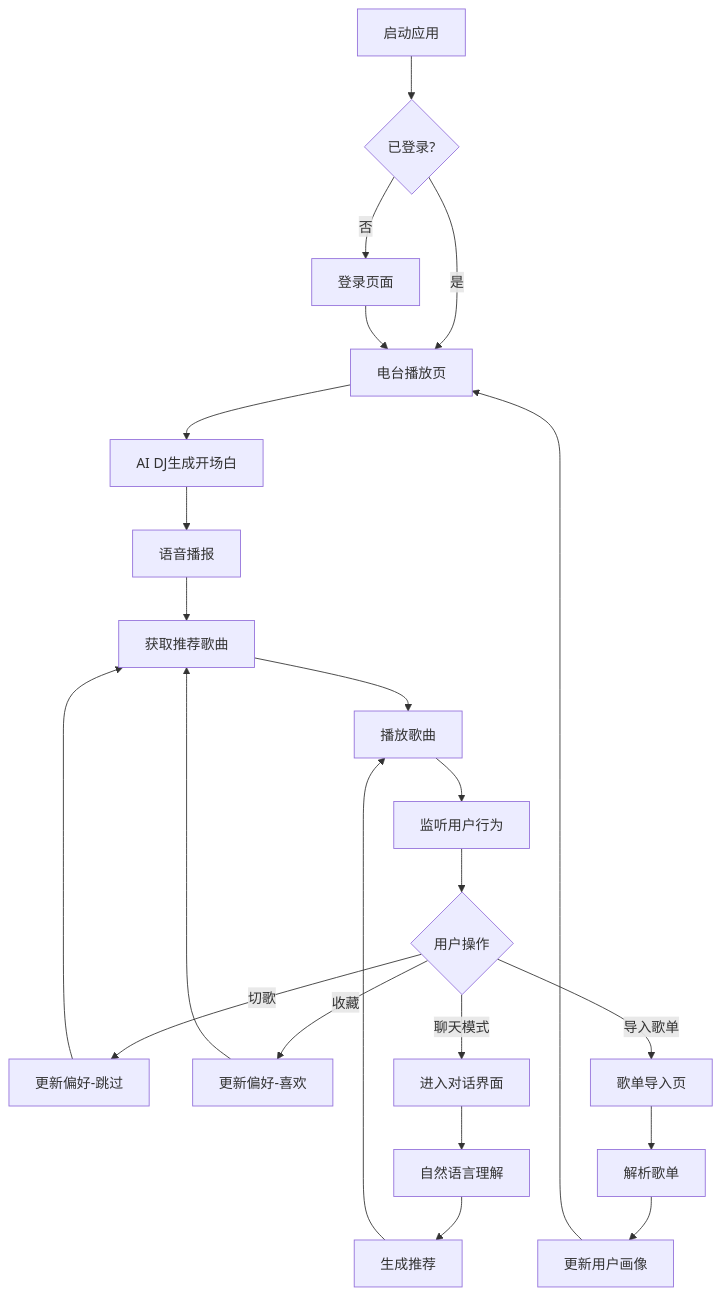
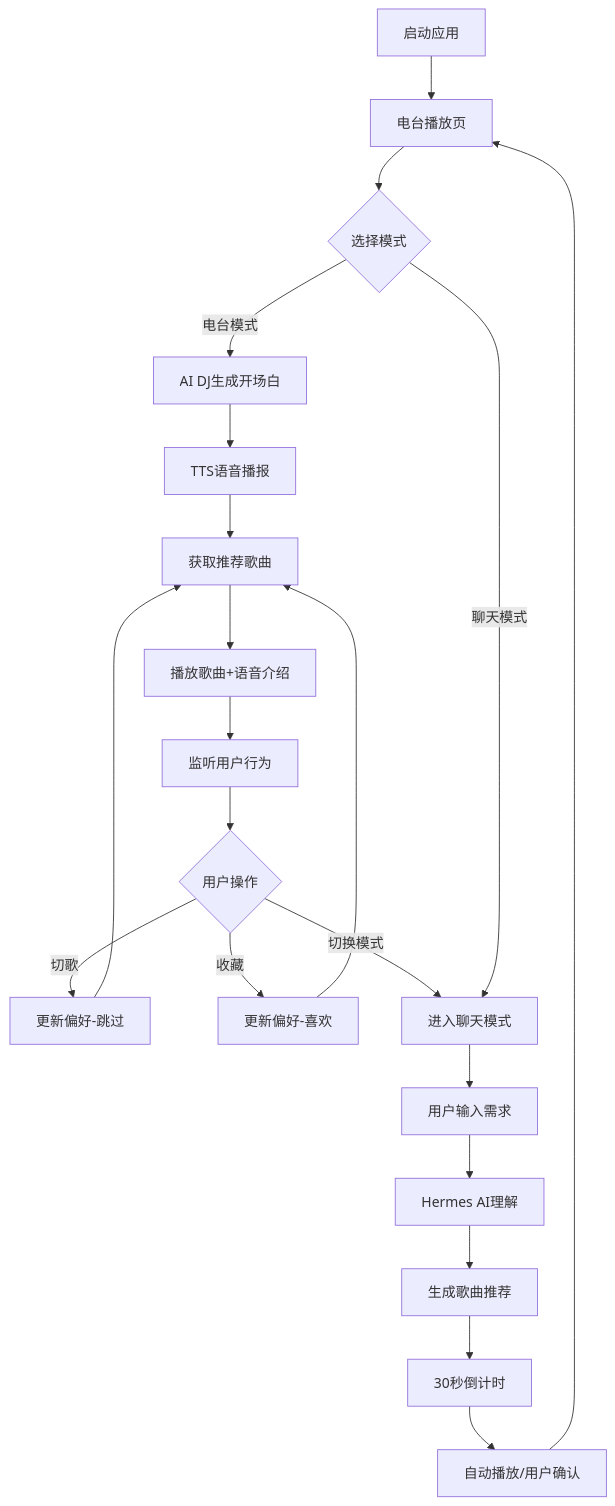
The diagram in .trae/documents/hermudio-prd.md (ericshpych/Hermudio), drawn with Mermaid before and after one commit. The commit also changed other lines of this file and 1 other file, not shown here.

````diff
--- a/.trae/documents/hermudio-prd.md
+++ b/.trae/documents/hermudio-prd.md
@@ -73,25 +74,23 @@
 ```mermaid
 graph TD
-    A[启动应用] --> B{已登录?}
-    B -->|否| C[登录页面]
-    B -->|是| D[电台播放页]
-    C --> D
-    D --> E[AI DJ生成开场白]
-    E --> F[语音播报]
-    F --> G[获取推荐歌曲]
-    G --> H[播放歌曲]
-    H --> I[监听用户行为]
-    I --> J{用户操作}
-    J -->|切歌| K[更新偏好-跳过]
-    J -->|收藏| L[更新偏好-喜欢]
-    J -->|聊天模式| M[进入对话界面]
-    J -->|导入歌单| N[歌单导入页]
-    K --> G
-    L --> G
-    M --> O[自然语言理解]
-    O --> P[生成推荐]
-    P --> H
-    N --> Q[解析歌单]
-    Q --> R[更新用户画像]
-    R --> D
+    A[启动应用] --> B[电台播放页]
+    B --> C{选择模式}
+    C -->|电台模式| D[AI DJ生成开场白]
+    D --> E[TTS语音播报]
+    E --> F[获取推荐歌曲]
+    F --> G[播放歌曲+语音介绍]
+    G --> H[监听用户行为]
+    H --> I{用户操作}
+    I -->|切歌| J[更新偏好-跳过]
+    I -->|收藏| K[更新偏好-喜欢]
+    I -->|切换模式| L[进入聊天模式]
+    C -->|聊天模式| L
+    L --> M[用户输入需求]
+    M --> N[Hermes AI理解]
+    N --> O[生成歌曲推荐]
+    O --> P[30秒倒计时]
+    P --> Q[自动播放/用户确认]
+    Q --> B
+    J --> F
+    K --> F
 ```
````
